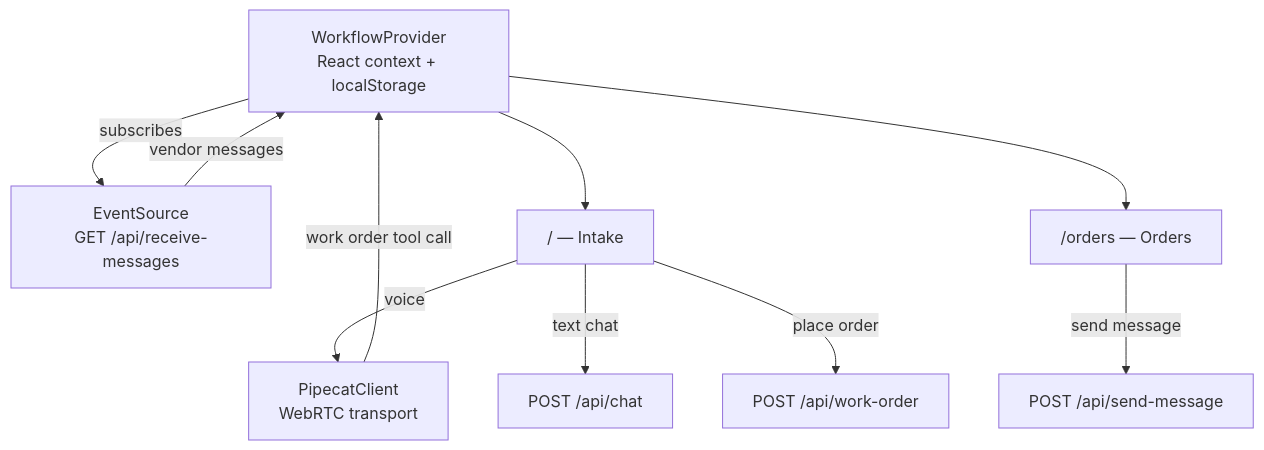
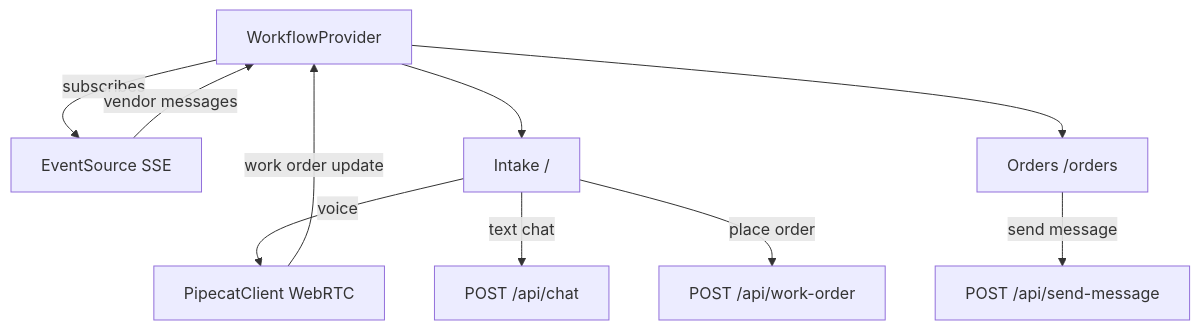
The first of 2 diagrams in frontend/README.md (omavashia2005/tavi-assessment), drawn with Mermaid before and after one commit. The commit also changed other lines of this file and 2 other files, not shown here.

Commit message:
fixed mermaid diagrams

````diff
--- a/frontend/README.md
+++ b/frontend/README.md
@@ -9,19 +9,19 @@
 ```mermaid
 graph TD
-  WP["WorkflowProvider<br/>React context + localStorage"]
-  ES["EventSource<br/>GET /api/receive-messages"]
-  PC["PipecatClient<br/>WebRTC transport"]
+  WP[WorkflowProvider]
+  ES[EventSource SSE]
+  PC[PipecatClient WebRTC]
 
   WP -- subscribes --> ES
   ES -- vendor messages --> WP
 
-  IntakePage["/ — Intake"] -- voice --> PC
-  IntakePage -- text chat --> ChatAPI["POST /api/chat"]
-  IntakePage -- place order --> WorkOrderAPI["POST /api/work-order"]
+  IntakePage[Intake /] -- voice --> PC
+  IntakePage -- text chat --> ChatAPI[POST /api/chat]
+  IntakePage -- place order --> WorkOrderAPI[POST /api/work-order]
 
-  OrdersPage["/orders — Orders"] -- send message --> SendAPI["POST /api/send-message"]
+  OrdersPage[Orders /orders] -- send message --> SendAPI[POST /api/send-message]
 
   WP --> IntakePage
   WP --> OrdersPage
-  PC -- work order tool call --> WP
+  PC -- work order update --> WP
 ```
````
